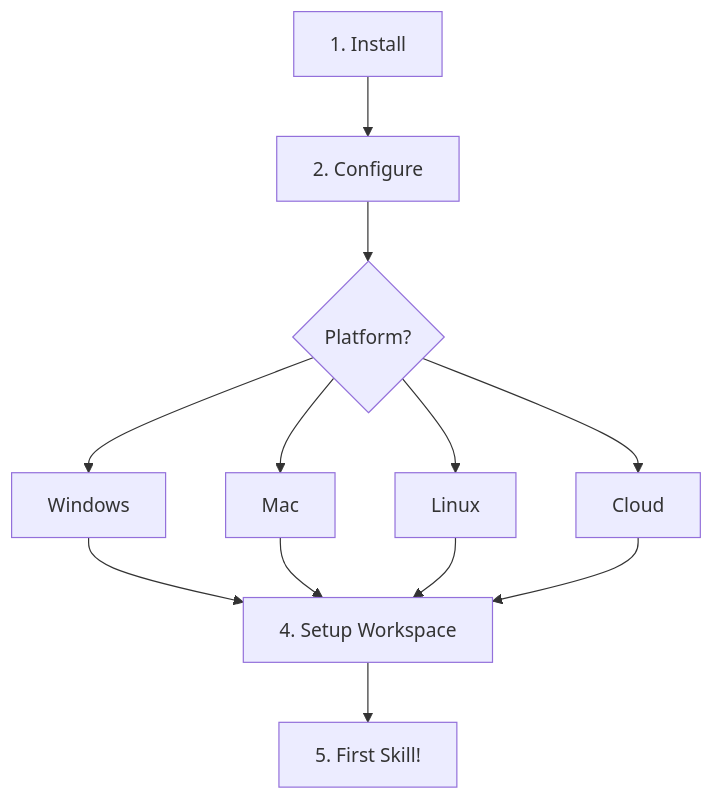
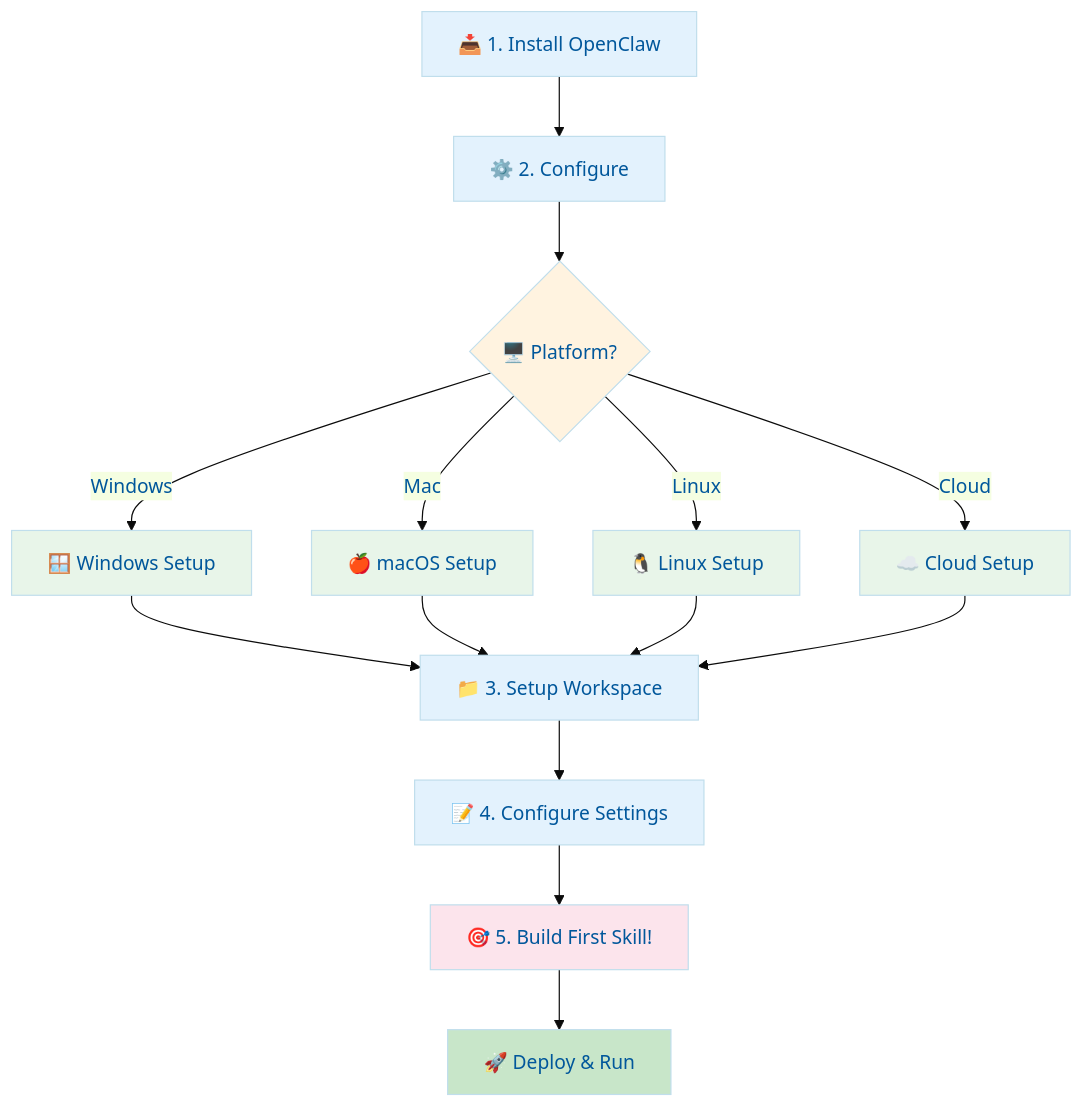
The second of 6 diagrams in README.md (fanani-radian/openclaw-sumopod), drawn with Mermaid before and after one commit. The commit also changed other lines of this file, not shown here.

First line of the commit message:
docs: Enhance README with colorful Mermaid diagrams

````diff
--- a/README.md
+++ b/README.md
@@ -48,14 +78,32 @@
 ```mermaid
+%%{init: {'theme': 'base', 'themeVariables': { 'primaryColor': '#e1f5fe', 'primaryTextColor': '#01579b'}}}%%
 flowchart TD
-    A[1. Install] --> B[2. Configure]
-    B --> C{Platform?}
-    C --> D[Windows]
-    C --> E[Mac]
-    C --> F[Linux]
-    C --> G[Cloud]
-    D --> H[4. Setup Workspace]
-    E --> H
-    F --> H
-    G --> H
-    H --> I[5. First Skill!]
+    A[📥 1. Install OpenClaw] --> B[⚙️ 2. Configure]
+    B --> C{🖥️ Platform?}
+    
+    C -->|Windows| D1[🪟 Windows Setup]
+    C -->|Mac| D2[🍎 macOS Setup]
+    C -->|Linux| D3[🐧 Linux Setup]
+    C -->|Cloud| D4[☁️ Cloud Setup]
+    
+    D1 --> E[📁 3. Setup Workspace]
+    D2 --> E
+    D3 --> E
+    D4 --> E
+    
+    E --> F[📝 4. Configure Settings]
+    F --> G[🎯 5. Build First Skill!]
+    G --> H[🚀 Deploy & Run]
+    
+    style A fill:#e3f2fd
+    style B fill:#e3f2fd
+    style C fill:#fff3e0
+    style D1 fill:#e8f5e9
+    style D2 fill:#e8f5e9
+    style D3 fill:#e8f5e9
+    style D4 fill:#e8f5e9
+    style E fill:#e3f2fd
+    style F fill:#e3f2fd
+    style G fill:#fce4ec
+    style H fill:#c8e6c9
 ```
````
